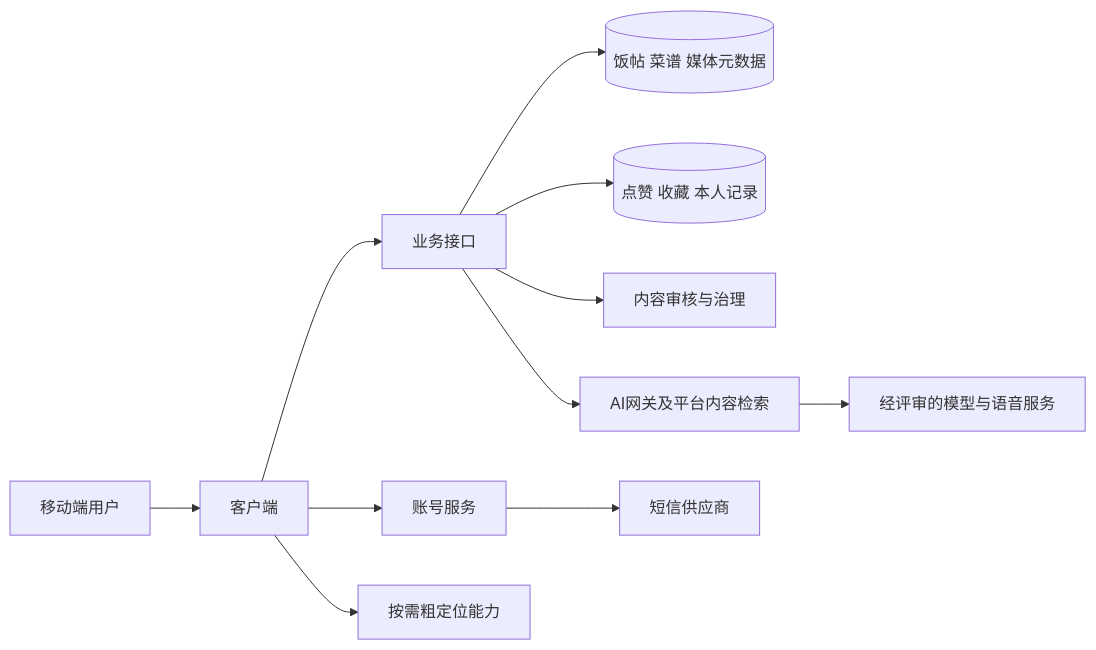
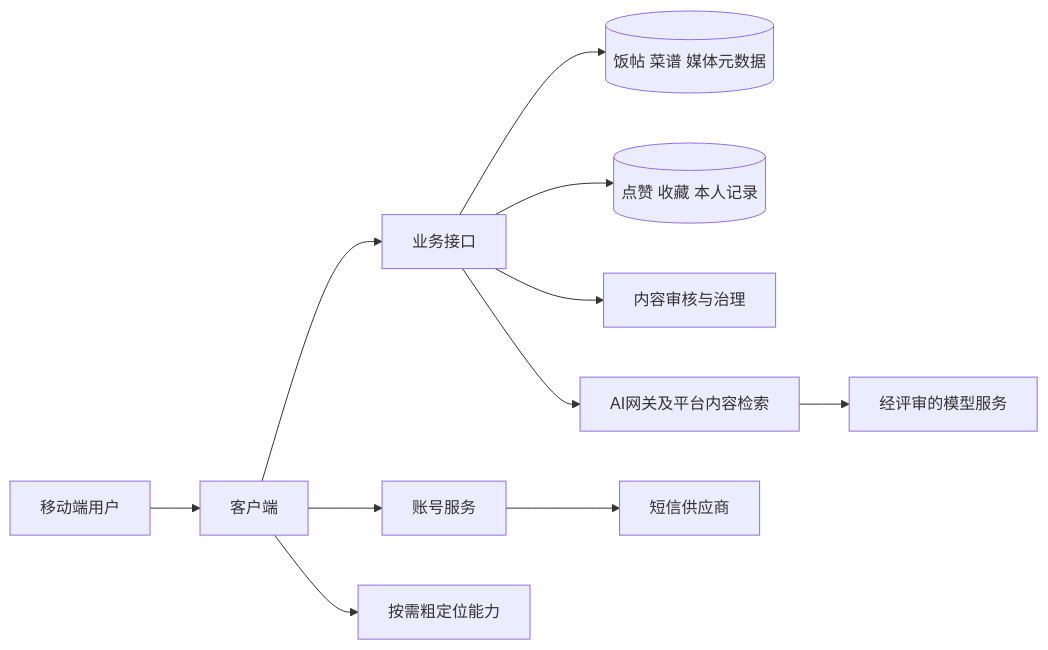
One commit to Hu-Xiaodong/mealmate changed the third of 5 diagrams in docs/今天吃啥_PRD_V1.0.0.md. Above: the diagram before and after it, drawn with Mermaid. The commit also changed other lines of this file and 66 other files, not shown here.

````diff
--- a/docs/今天吃啥_PRD_V1.0.0.md
+++ b/docs/今天吃啥_PRD_V1.0.0.md
@@ -133,13 +134,13 @@
 ```mermaid
 flowchart LR
     U[移动端用户] --> C[客户端]
     C --> A[账号服务]
     C --> B[业务接口]
     B --> P[(饭帖 菜谱 媒体元数据)]
     B --> R[(点赞 收藏 本人记录)]
     B --> M[内容审核与治理]
     B --> Q[AI网关及平台内容检索]
-    Q --> V[经评审的模型与语音服务]
+    Q --> V[经评审的模型服务]
     A --> S[短信供应商]
     C --> L[按需粗定位能力]
 ```
````
